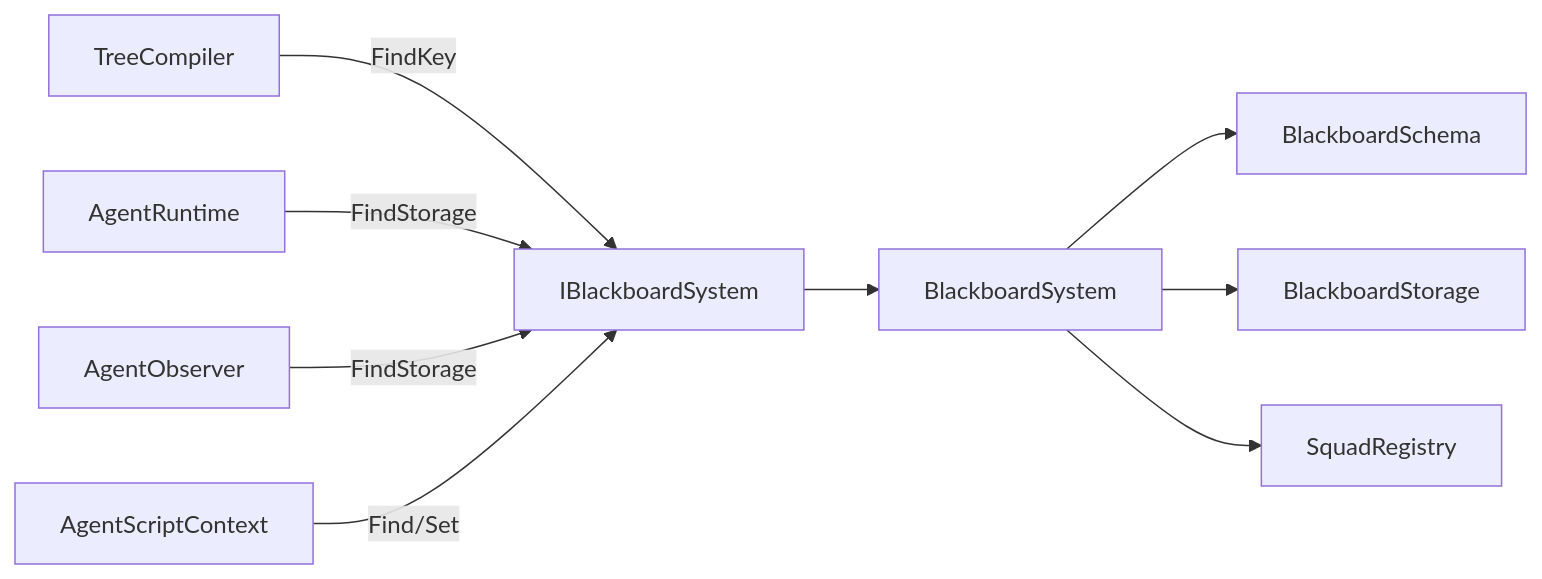
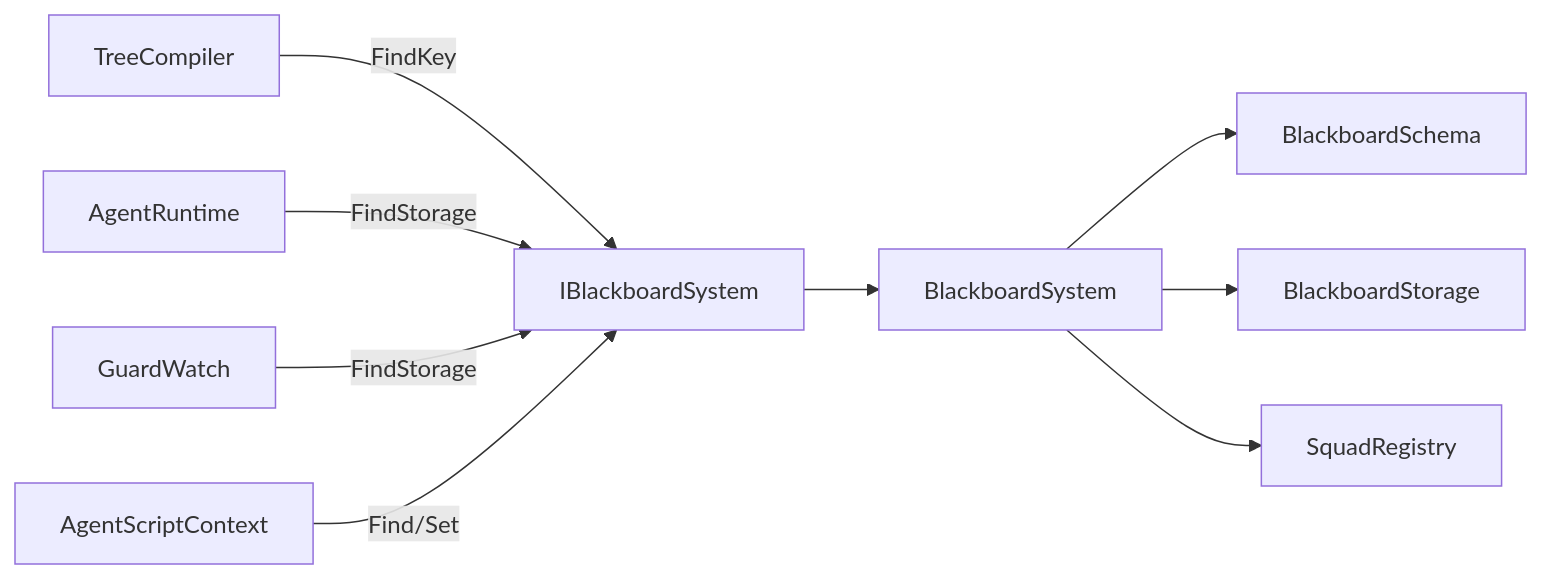
One commit to jabbadablack/G.O.A.T changed the diagram in Docs/02 - C++ Components/IBlackboardSystem.md. Above: the diagram before and after it, drawn with Mermaid. The commit also changed other lines of this file and 44 other files, not shown here.

````diff
--- a/Docs/02 - C++ Components/IBlackboardSystem.md
+++ b/Docs/02 - C++ Components/IBlackboardSystem.md
@@ -85,11 +85,11 @@
 ```mermaid
 graph LR
     A[IBlackboardSystem] --> B[BlackboardSystem]
     B --> C[BlackboardSchema]
     B --> D[BlackboardStorage]
     B --> E[SquadRegistry]
     F[TreeCompiler] -->|FindKey| A
     G[AgentRuntime] -->|FindStorage| A
-    H[AgentObserver] -->|FindStorage| A
+    H[GuardWatch] -->|FindStorage| A
     I[AgentScriptContext] -->|Find/Set| A
 ```
````
